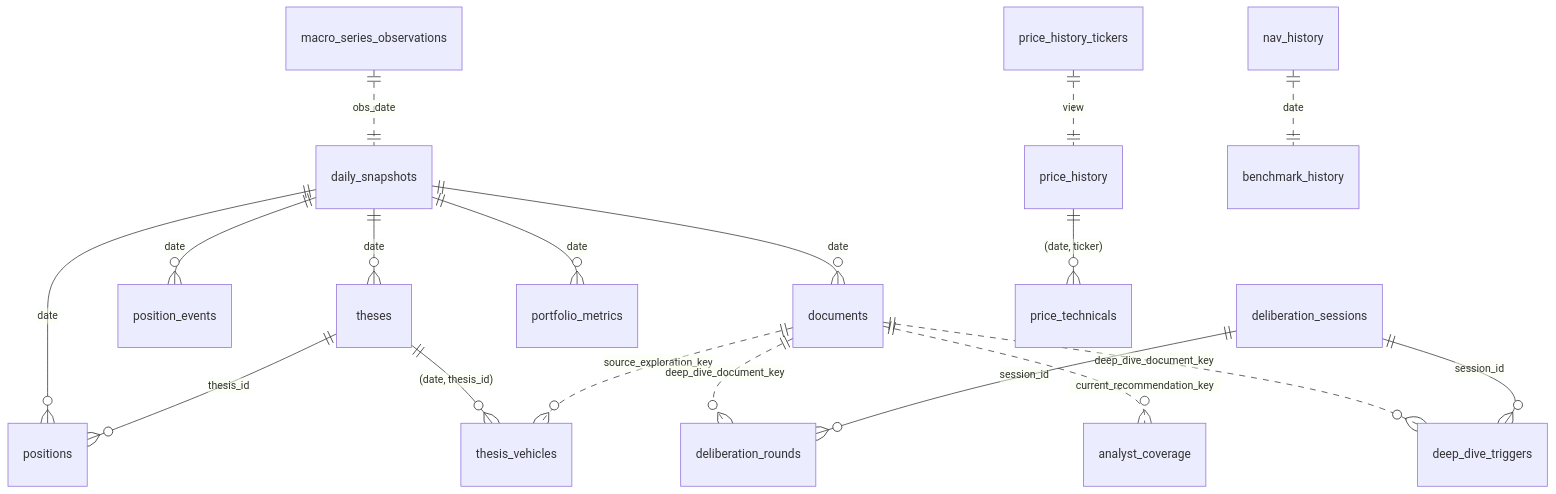
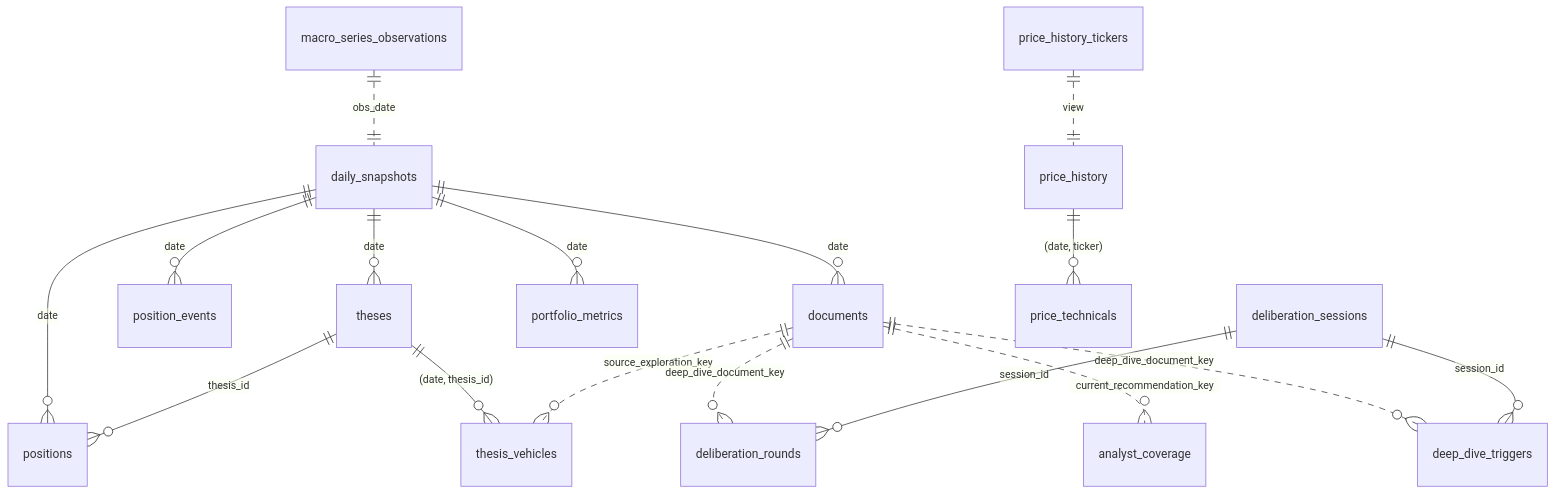
The diagram in digiquant/supabase/SCHEMA.md (digithings-ai/digithings), drawn with Mermaid before and after one commit. The commit also changed other lines of this file and 62 other files, not shown here.

````diff
--- a/digiquant/supabase/SCHEMA.md
+++ b/digiquant/supabase/SCHEMA.md
@@ -14,25 +14,24 @@
 ```mermaid
 erDiagram
     daily_snapshots  ||--o{ positions             : "date"
     daily_snapshots  ||--o{ theses                : "date"
     daily_snapshots  ||--o{ position_events       : "date"
     daily_snapshots  ||--o{ documents             : "date"
     daily_snapshots  ||--o{ portfolio_metrics     : "date"
 
     theses           ||--o{ thesis_vehicles       : "(date, thesis_id)"
     theses           ||--o{ positions             : "thesis_id"
 
     documents        ||..o{ thesis_vehicles       : "source_exploration_key"
     documents        ||..o{ deliberation_rounds   : "deep_dive_document_key"
     documents        ||..o{ analyst_coverage      : "current_recommendation_key"
     documents        ||..o{ deep_dive_triggers    : "deep_dive_document_key"
 
     deliberation_sessions ||--o{ deliberation_rounds : "session_id"
     deliberation_sessions ||--o{ deep_dive_triggers  : "session_id"
 
     price_history        ||--o{ price_technicals : "(date, ticker)"
     price_history_tickers ||..|| price_history   : "view"
 
-    nav_history          ||..|| benchmark_history : "date"
     macro_series_observations ||..|| daily_snapshots : "obs_date"
 ```
````
